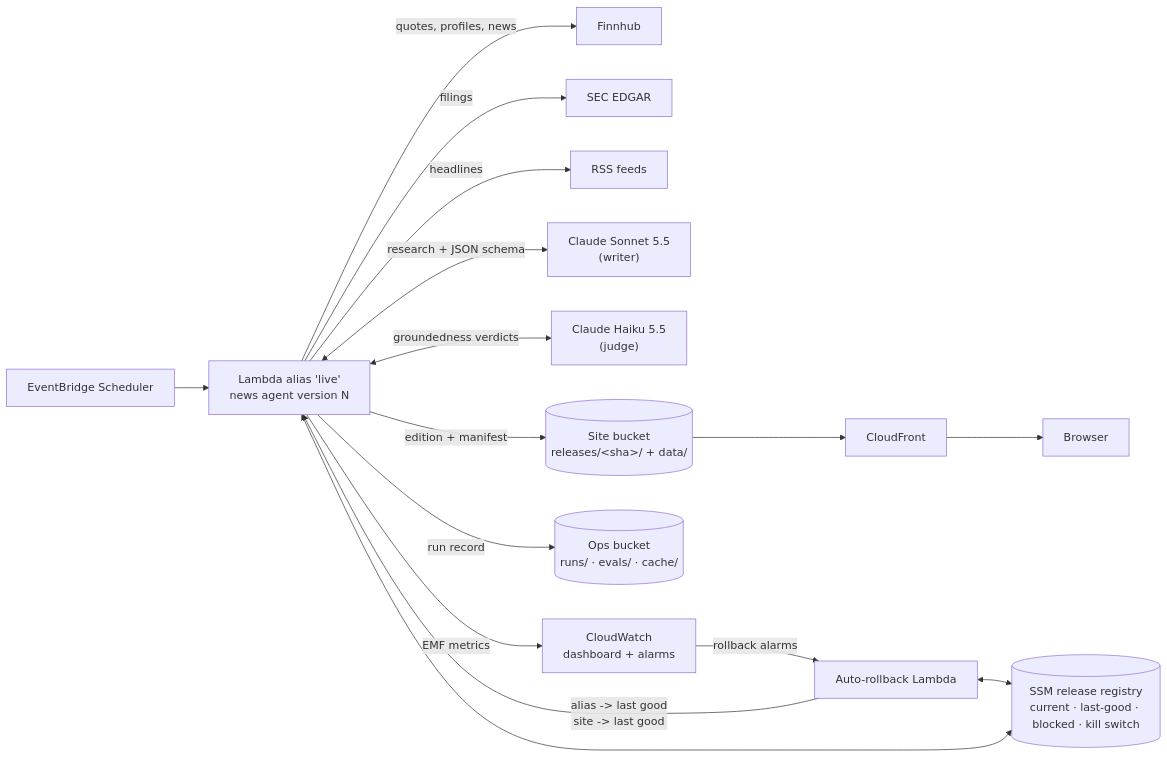
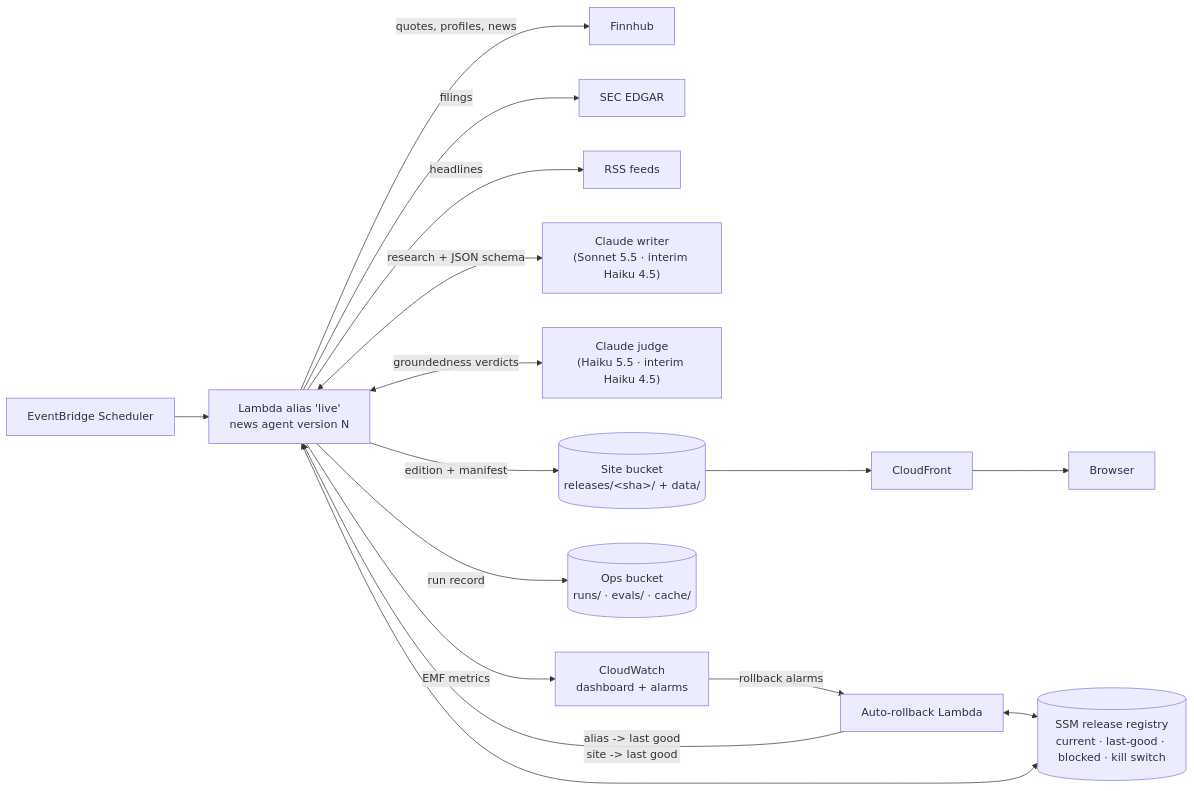
Before and after one commit to Cesarho96/stock-news-dashboard: the diagram in README.md, drawn with Mermaid. The commit also changed other lines of this file and 12 other files, not shown here.

First line of the commit message:
Model profiles: run on Claude Haiku 4.5 now, switch back to Sonnet 5.5 + Haiku 5.5 later

````diff
--- a/README.md
+++ b/README.md
@@ -26,17 +26,17 @@
 ```mermaid
 flowchart LR
   SCH["EventBridge Scheduler"] --> A["Lambda alias 'live'<br/>news agent version N"]
   A -->|quotes, profiles, news| FH[Finnhub]
   A -->|filings| SEC[SEC EDGAR]
   A -->|headlines| RSS[RSS feeds]
-  A <-->|"research + JSON schema"| W["Claude Sonnet 5.5<br/>(writer)"]
-  A <-->|groundedness verdicts| J["Claude Haiku 5.5<br/>(judge)"]
+  A <-->|"research + JSON schema"| W["Claude writer<br/>(Sonnet 5.5 · interim Haiku 4.5)"]
+  A <-->|groundedness verdicts| J["Claude judge<br/>(Haiku 5.5 · interim Haiku 4.5)"]
   A -->|edition + manifest| S3[("Site bucket<br/>releases/&lt;sha&gt;/ + data/")]
   A -->|run record| OPS[("Ops bucket<br/>runs/ · evals/ · cache/")]
   A -->|EMF metrics| CW["CloudWatch<br/>dashboard + alarms"]
   S3 --> CF[CloudFront] --> WEB[Browser]
   CW -->|rollback alarms| RB["Auto-rollback Lambda"]
   RB -->|"alias -> last good<br/>site -> last good"| A
   REG[("SSM release registry<br/>current · last-good · blocked · kill switch")] <--> A
   RB <--> REG
 ```
````
